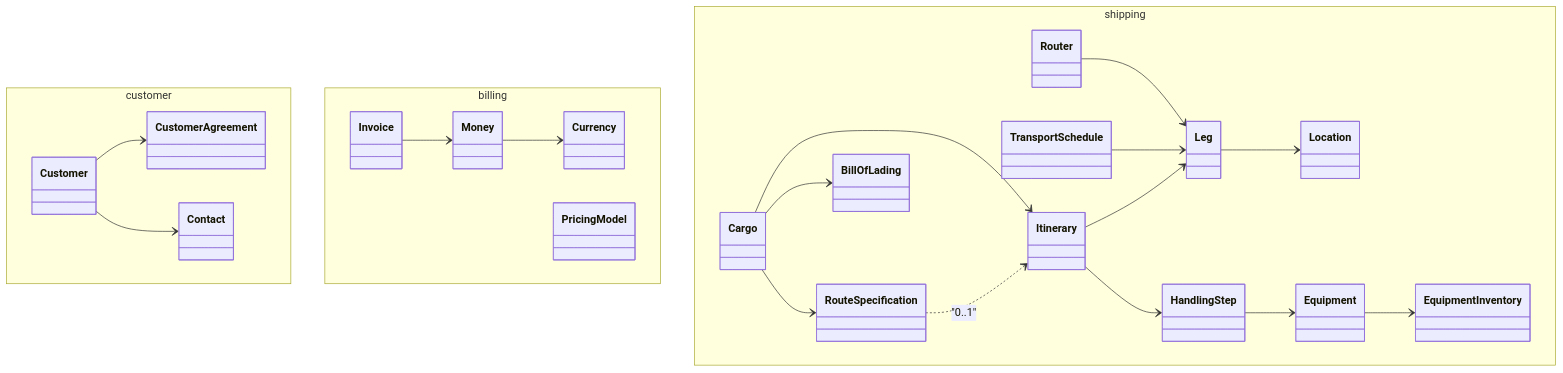
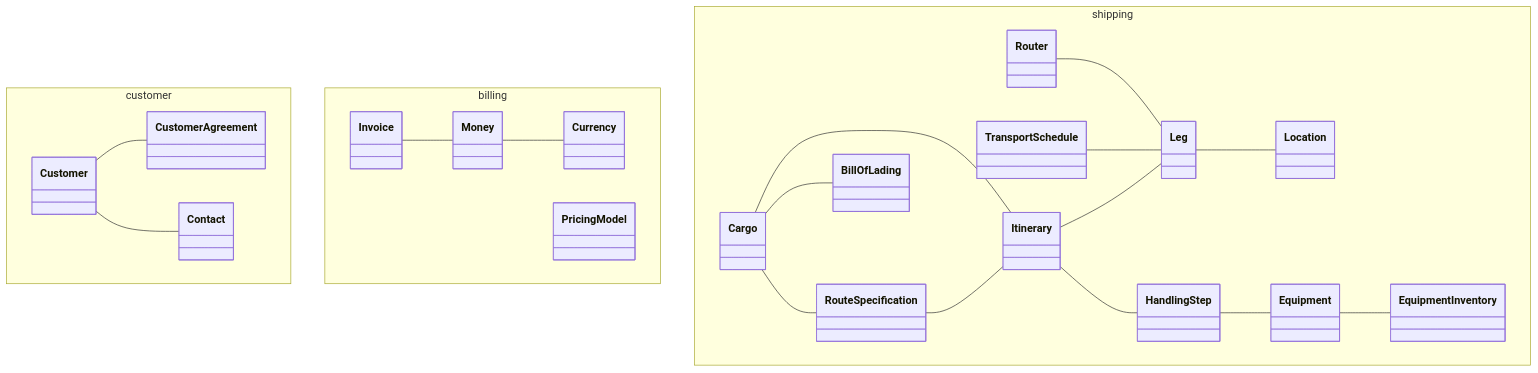
One commit to peterramaldes/cs changed the diagram in docs/architecture/05-modules.md. Above: the diagram before and after it, drawn with Mermaid.

Commit message:
docs: remove directionality and cardinalities from modules diagram

````diff
--- a/docs/architecture/05-modules.md
+++ b/docs/architecture/05-modules.md
@@ -3,43 +3,43 @@
 ```mermaid
 classDiagram
     namespace customer {
         class Customer
         class Contact
         class CustomerAgreement
     }
     namespace billing {
         class Invoice
         class Money
         class Currency
         class PricingModel
     }
     namespace shipping {
         class Cargo
         class RouteSpecification
         class Itinerary
         class Leg
         class Location
         class TransportSchedule
         class Router
         class HandlingStep
         class Equipment
         class EquipmentInventory
         class BillOfLading
     }
 
-    Customer --> CustomerAgreement
-    Customer --> Contact
-    Invoice --> Money
-    Money --> Currency
-    Cargo --> RouteSpecification
-    RouteSpecification ..> Itinerary : "0..1"
-    Itinerary --> Leg
-    Leg --> Location
-    TransportSchedule --> Leg
-    Router --> Leg
-    Itinerary --> HandlingStep
-    HandlingStep --> Equipment
-    Equipment --> EquipmentInventory
-    Cargo --> Itinerary
-    Cargo --> BillOfLading
+    Customer -- CustomerAgreement
+    Customer -- Contact
+    Invoice -- Money
+    Money -- Currency
+    Cargo -- RouteSpecification
+    RouteSpecification -- Itinerary
+    Itinerary -- Leg
+    Leg -- Location
+    TransportSchedule -- Leg
+    Router -- Leg
+    Itinerary -- HandlingStep
+    HandlingStep -- Equipment
+    Equipment -- EquipmentInventory
+    Cargo -- Itinerary
+    Cargo -- BillOfLading
 ```
````
